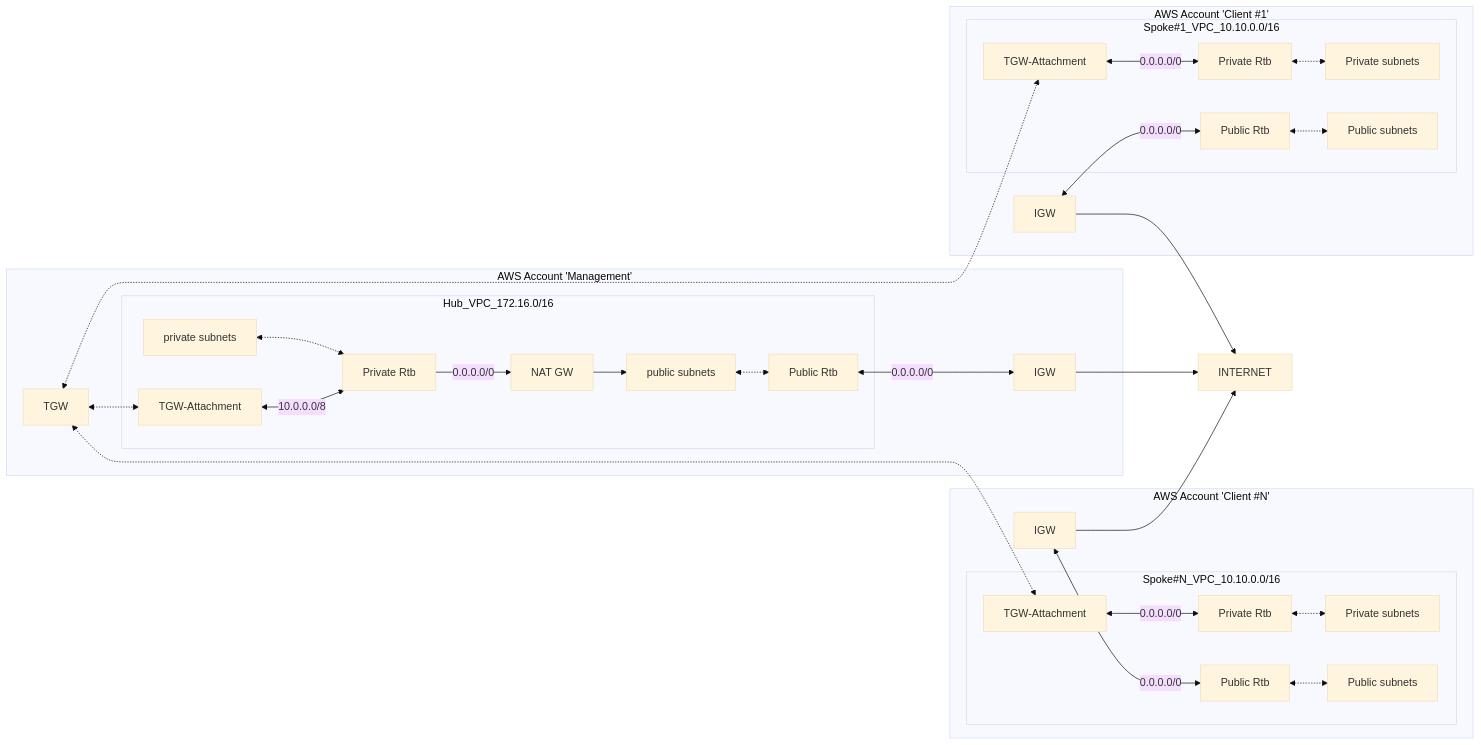
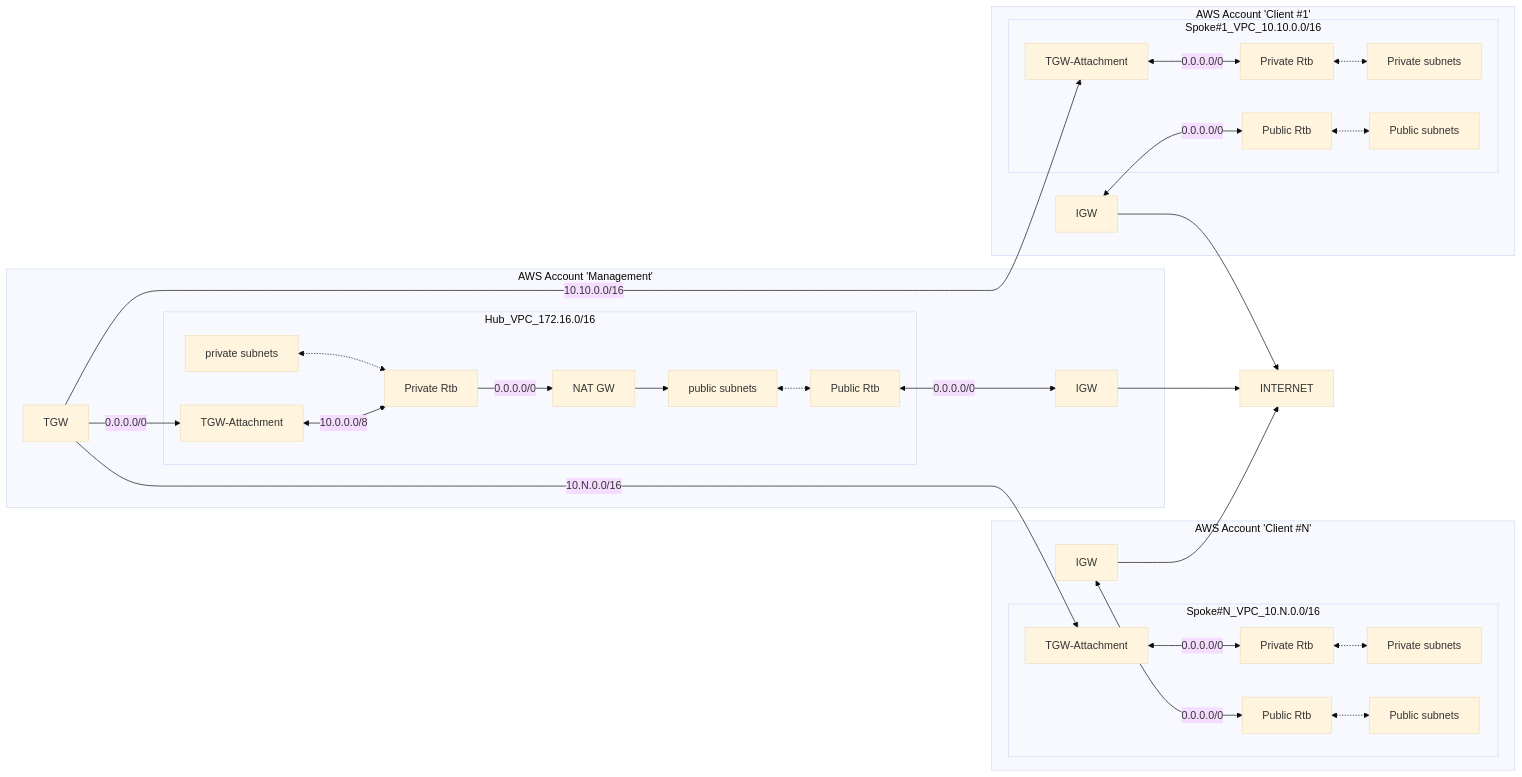
One commit to mtulio/mtulio.labs changed the diagram in docs/guides/ocp-aws-transit-gateway.md. Above: the diagram before and after it, drawn with Mermaid (base theme). The commit also changed other lines of this file, not shown here.

Commit message:
docs/aws-tgw: update TGW routes

````diff
--- a/docs/guides/ocp-aws-transit-gateway.md
+++ b/docs/guides/ocp-aws-transit-gateway.md
@@ -15,39 +15,39 @@
 ```mermaid
 graph LR
   hub-igw --> INTERNET
   sp1-igw --> INTERNET
   spN-igw --> INTERNET
   subgraph cluster1 [AWS Account 'Management']
     subgraph cluster12 [Hub_VPC_172.16.0/16];
       hub-net-pub[public subnets]<-.->hub-rtb-pub[Public Rtb]
       hub-net-pvt[private subnets]<-.->hub-rtb-pvt[Private Rtb]
       hub-NATGW[NAT GW] --> hub-net-pub;
       hub-TGWA[TGW-Attachment]
     end
-    TGW<-.->hub-TGWA <-- 10.0.0.0/8 -->hub-rtb-pvt
     hub-rtb-pvt -- 0.0.0.0/0 --> hub-NATGW
     hub-rtb-pub  <-- 0.0.0.0/0 --> hub-igw[IGW]
+    TGW  -- 0.0.0.0/0 -->  hub-TGWA <-- 10.0.0.0/8 -->hub-rtb-pvt
   end
   subgraph cluster2 [AWS Account 'Client #N']
-    subgraph cluster22 [Spoke#N_VPC_10.10.0.0/16];
+    subgraph cluster22 [Spoke#N_VPC_10.N.0.0/16];
       spN-net-pvt[Private subnets];
       spN-net-pub[Public subnets]
       spN-TGWA[TGW-Attachment]
       spN-rtb-pvt[Private Rtb]<-.->spN-net-pvt;
       spN-rtb-pub[Public Rtb]<-.->spN-net-pub;
     end
-    TGW<-.->spN-TGWA <-- 0.0.0.0/0 -->spN-rtb-pvt
     spN-igw[IGW] <-- 0.0.0.0/0 -->spN-rtb-pub
+    TGW -- 10.N.0.0/16 --> spN-TGWA <-- 0.0.0.0/0 -->spN-rtb-pvt
   end
   subgraph cluster3 [AWS Account 'Client #1']
     subgraph cluster31 [Spoke#1_VPC_10.10.0.0/16];
       sp1-net-pvt[Private subnets];
       sp1-net-pub[Public subnets]
       sp1-TGWA[TGW-Attachment]
       sp1-rtb-pvt[Private Rtb]<-.->sp1-net-pvt;
       sp1-rtb-pub[Public Rtb]<-.->sp1-net-pub;
     end
-    TGW<-.->sp1-TGWA <-- 0.0.0.0/0 -->sp1-rtb-pvt
-    sp1-igw[IGW] <-- 0.0.0.0/0 -->sp1-rtb-pub
+    sp1-igw[IGW] <-- 0.0.0.0/0 --> sp1-rtb-pub
+    TGW -- 10.10.0.0/16 --> sp1-TGWA <-- 0.0.0.0/0 --> sp1-rtb-pvt
   end
 ```
````
